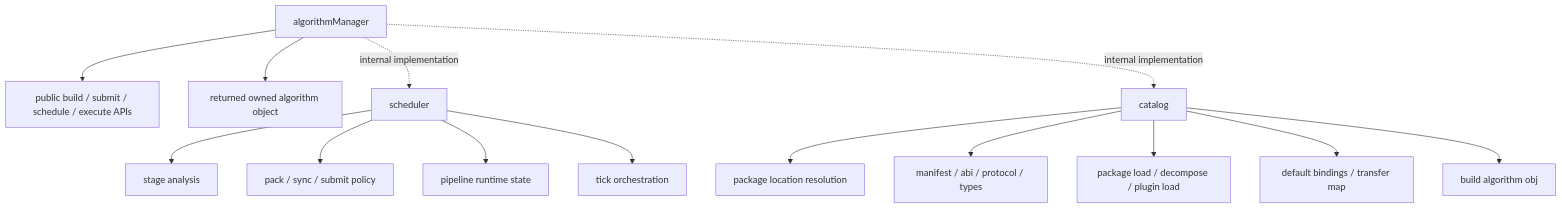
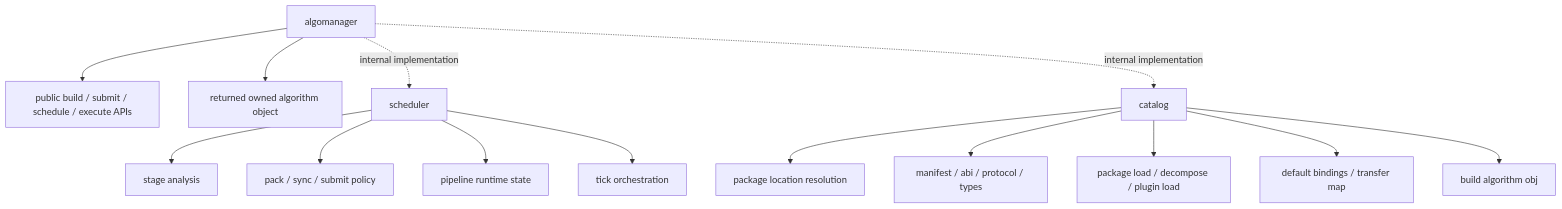
The second of 2 diagrams in doc/layerReadme.md (AnonKimous/AlgoForge_Studio), drawn with Mermaid before and after one commit. The commit also changed other lines of this file and 167 other files, not shown here.

````diff
--- a/doc/layerReadme.md
+++ b/doc/layerReadme.md
@@ -108,20 +108,20 @@
 ```mermaid
 graph TD
-  ROOT["algorithmManager"]
+  ROOT["algomanager"]
   ROOT --> API["public build / submit / schedule / execute APIs"]
   ROOT --> OWNED["returned owned algorithm object"]
 
   ROOT -.internal implementation.-> SCH["scheduler"]
   ROOT -.internal implementation.-> CAT["catalog"]
 
   SCH --> SCH1["stage analysis"]
   SCH --> SCH2["pack / sync / submit policy"]
   SCH --> SCH3["pipeline runtime state"]
   SCH --> SCH4["tick orchestration"]
 
   CAT --> CAT1["package location resolution"]
   CAT --> CAT2["manifest / abi / protocol / types"]
   CAT --> CAT3["package load / decompose / plugin load"]
   CAT --> CAT4["default bindings / transfer map"]
   CAT --> CAT5["build algorithm obj"]
 ```
````
